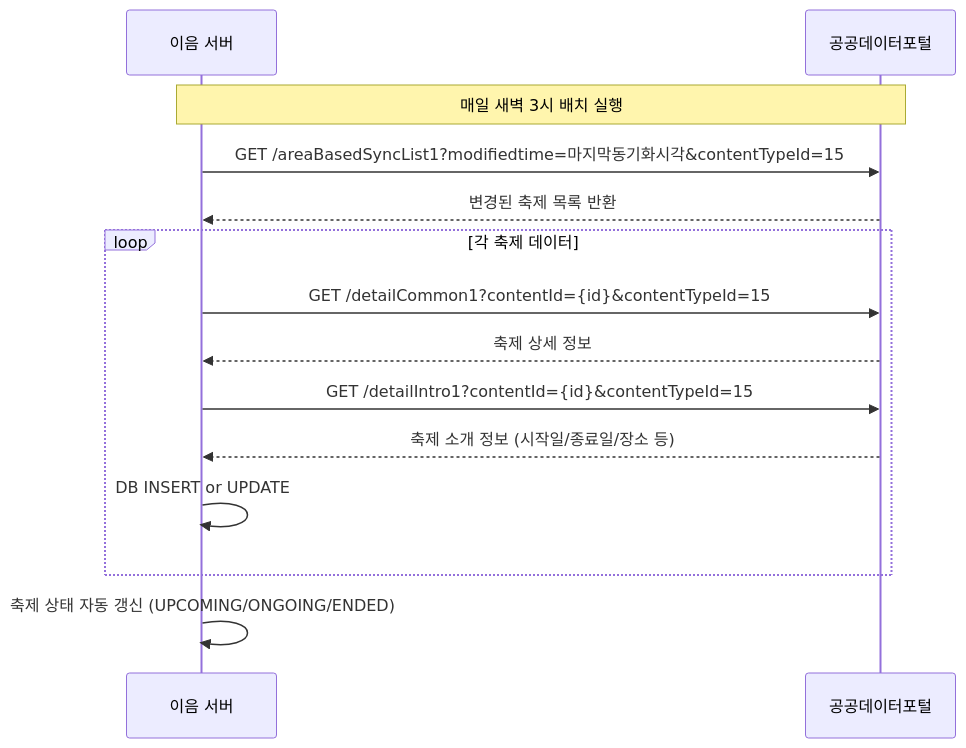
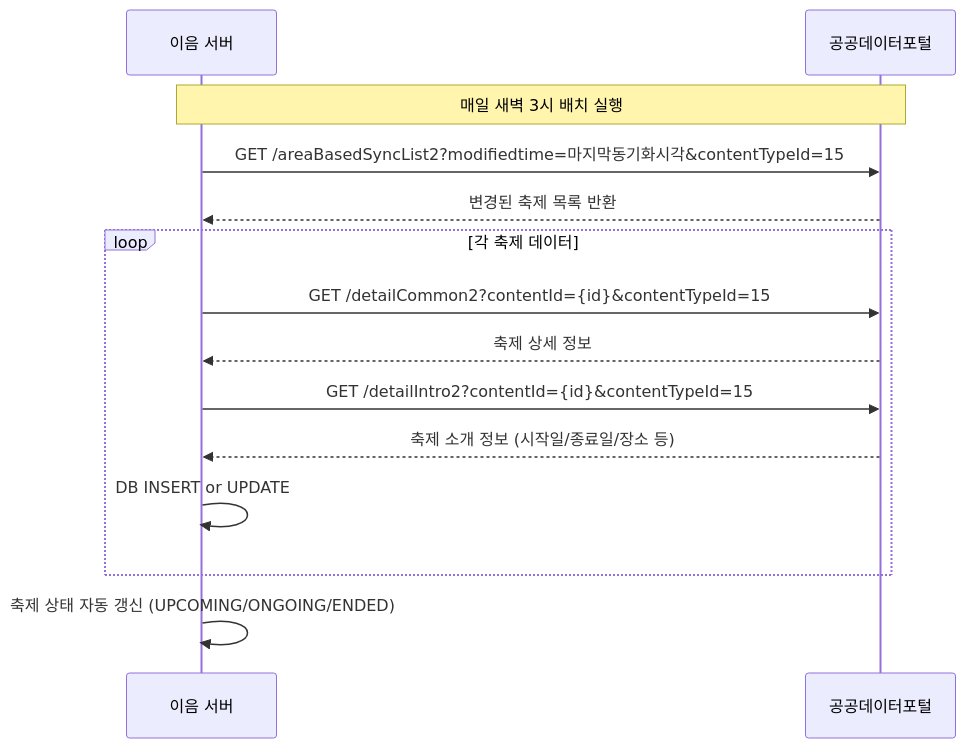
Before and after one commit to newlecture-ibm2/team2-ieum: the diagram in docs/api_spec/API_명세서_공공데이터.md, drawn with Mermaid. The commit also changed other lines of this file and 6 other files, not shown here.

````diff
--- a/docs/api_spec/API_명세서_공공데이터.md
+++ b/docs/api_spec/API_명세서_공공데이터.md
@@ -975,19 +975,19 @@
 ```mermaid
 sequenceDiagram
     participant S as 이음 서버
     participant P as 공공데이터포털
 
     Note over S,P: 매일 새벽 3시 배치 실행
-    S->>P: GET /areaBasedSyncList1?modifiedtime=마지막동기화시각&contentTypeId=15
+    S->>P: GET /areaBasedSyncList2?modifiedtime=마지막동기화시각&contentTypeId=15
     P-->>S: 변경된 축제 목록 반환
     
     loop 각 축제 데이터
-        S->>P: GET /detailCommon1?contentId={id}&contentTypeId=15
+        S->>P: GET /detailCommon2?contentId={id}&contentTypeId=15
         P-->>S: 축제 상세 정보
-        S->>P: GET /detailIntro1?contentId={id}&contentTypeId=15
+        S->>P: GET /detailIntro2?contentId={id}&contentTypeId=15
         P-->>S: 축제 소개 정보 (시작일/종료일/장소 등)
         S->>S: DB INSERT or UPDATE
     end
     
     S->>S: 축제 상태 자동 갱신 (UPCOMING/ONGOING/ENDED)
 ```
````
